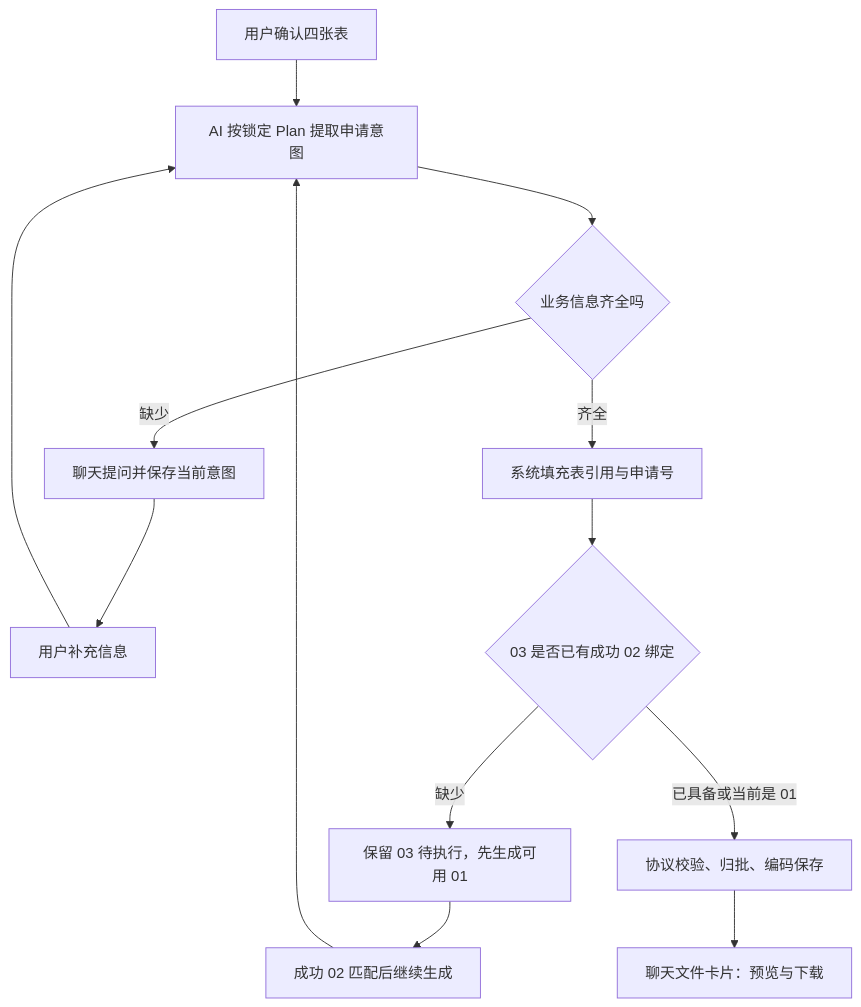
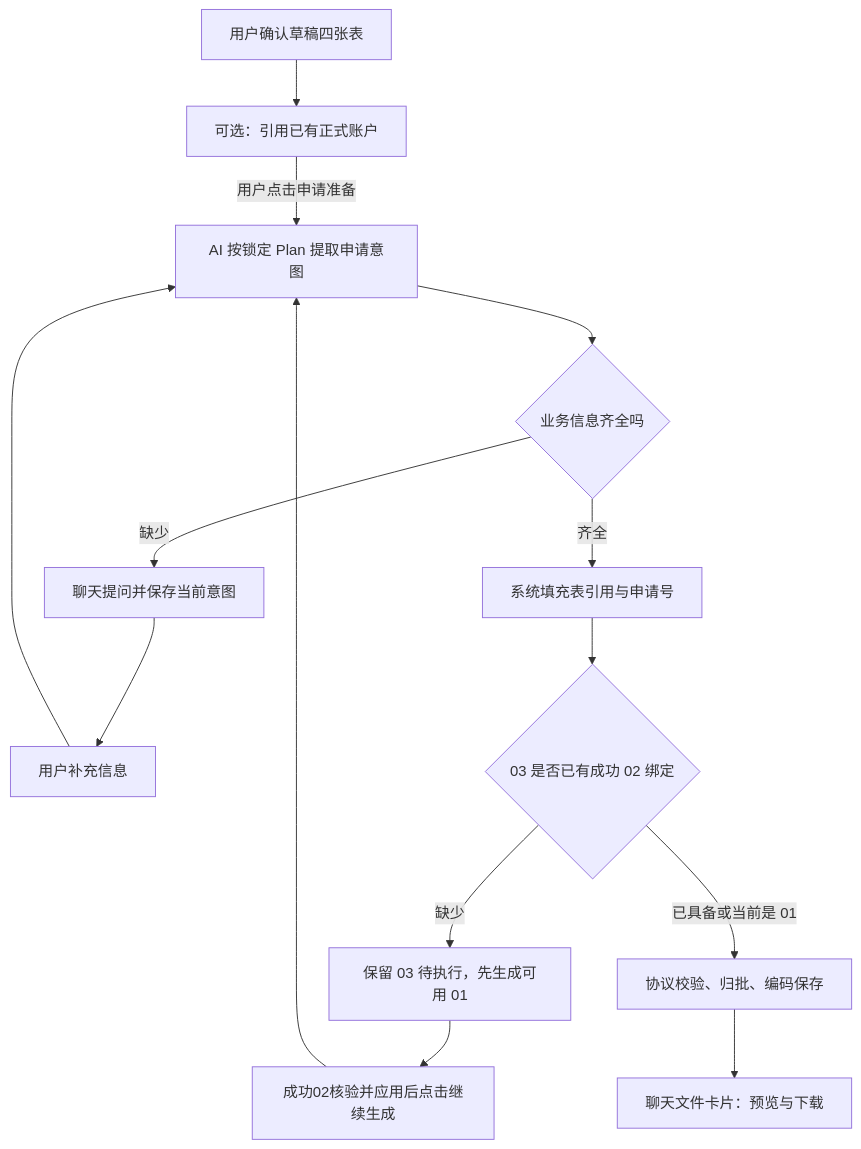
One commit to yqsota666/TA-case-test-Agent changed the third of 3 diagrams in docs/Case全流程设计.md. Above: the diagram before and after it, drawn with Mermaid. The commit also changed other lines of this file and 18 other files, not shown here.

````diff
--- a/docs/Case全流程设计.md
+++ b/docs/Case全流程设计.md
@@ -137,15 +147,16 @@
 ```mermaid
 flowchart TD
-  A[用户确认四张表] --> B[AI 按锁定 Plan 提取申请意图]
+  A[用户确认草稿四张表] --> S[可选：引用已有正式账户]
+  S -->|用户点击申请准备| B[AI 按锁定 Plan 提取申请意图]
   B --> C{业务信息齐全吗}
   C -->|缺少| D[聊天提问并保存当前意图]
   D --> E[用户补充信息]
   E --> B
   C -->|齐全| F[系统填充表引用与申请号]
   F --> G{03 是否已有成功 02 绑定}
   G -->|缺少| H[保留 03 待执行，先生成可用 01]
-  H --> I[成功 02 匹配后继续生成]
+  H --> I[成功02核验并应用后点击继续生成]
   I --> B
   G -->|已具备或当前是 01| J[协议校验、归批、编码保存]
   J --> K[聊天文件卡片：预览与下载]
 ```
````
